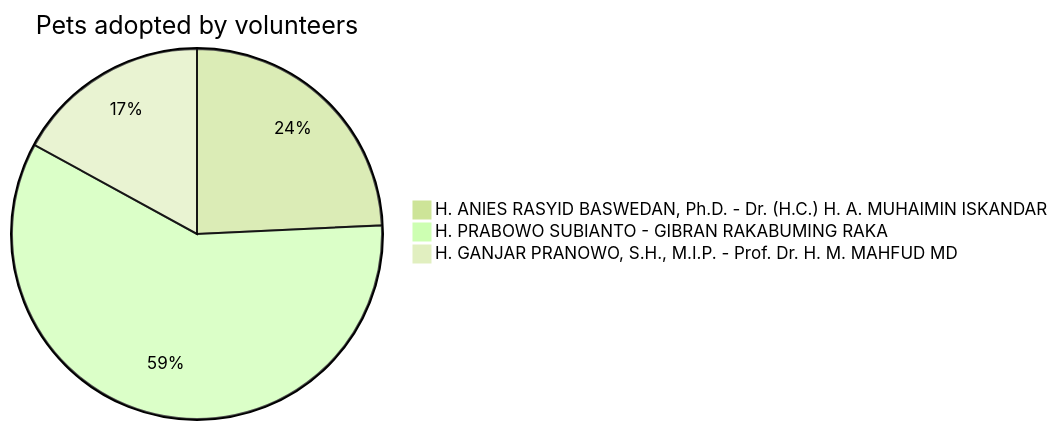
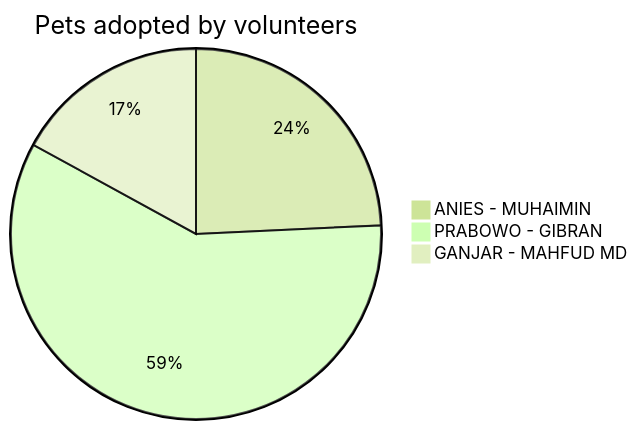
One commit to ptdede/github-workflow-playground changed the diagram in README.md. Above: the diagram before and after it, drawn with Mermaid (forest theme).

````diff
--- a/README.md
+++ b/README.md
@@ -3,6 +3,6 @@
 ```mermaid
 pie title Pets adopted by volunteers
-    "H. ANIES RASYID BASWEDAN, Ph.D. - Dr. (H.C.) H. A. MUHAIMIN ISKANDAR" : 24120866
-    "H. PRABOWO SUBIANTO - GIBRAN RAKABUMING RAKA" : 58389938
-    "H. GANJAR PRANOWO, S.H., M.I.P. - Prof. Dr. H. M. MAHFUD MD" : 16923166
+    "ANIES - MUHAIMIN" : 24120866
+    "PRABOWO - GIBRAN" : 58389938
+    "GANJAR - MAHFUD MD" : 16923166
 ```
````
